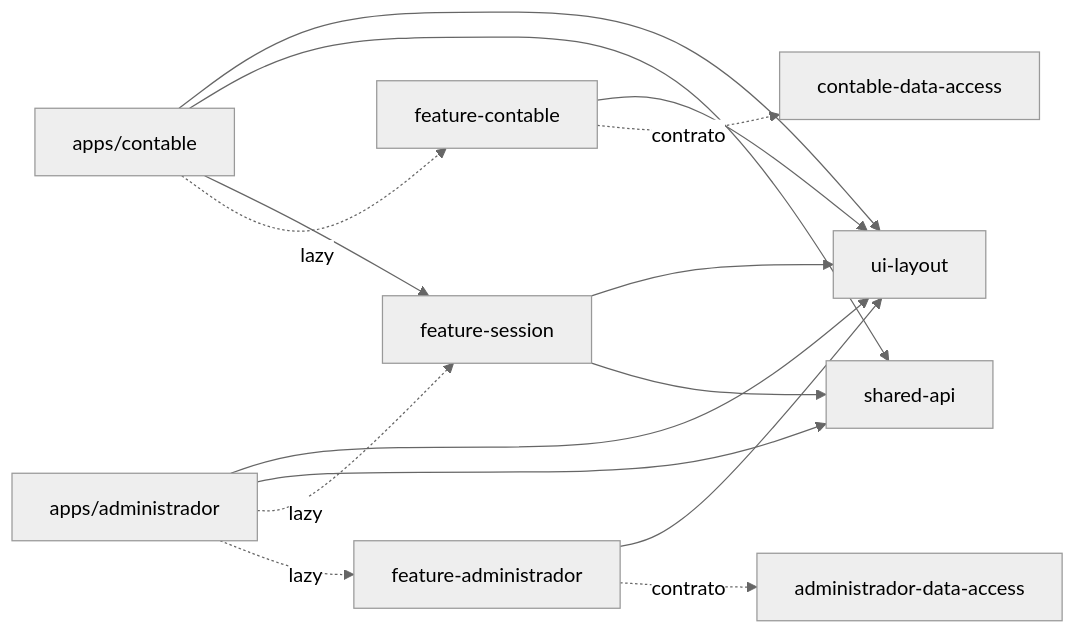
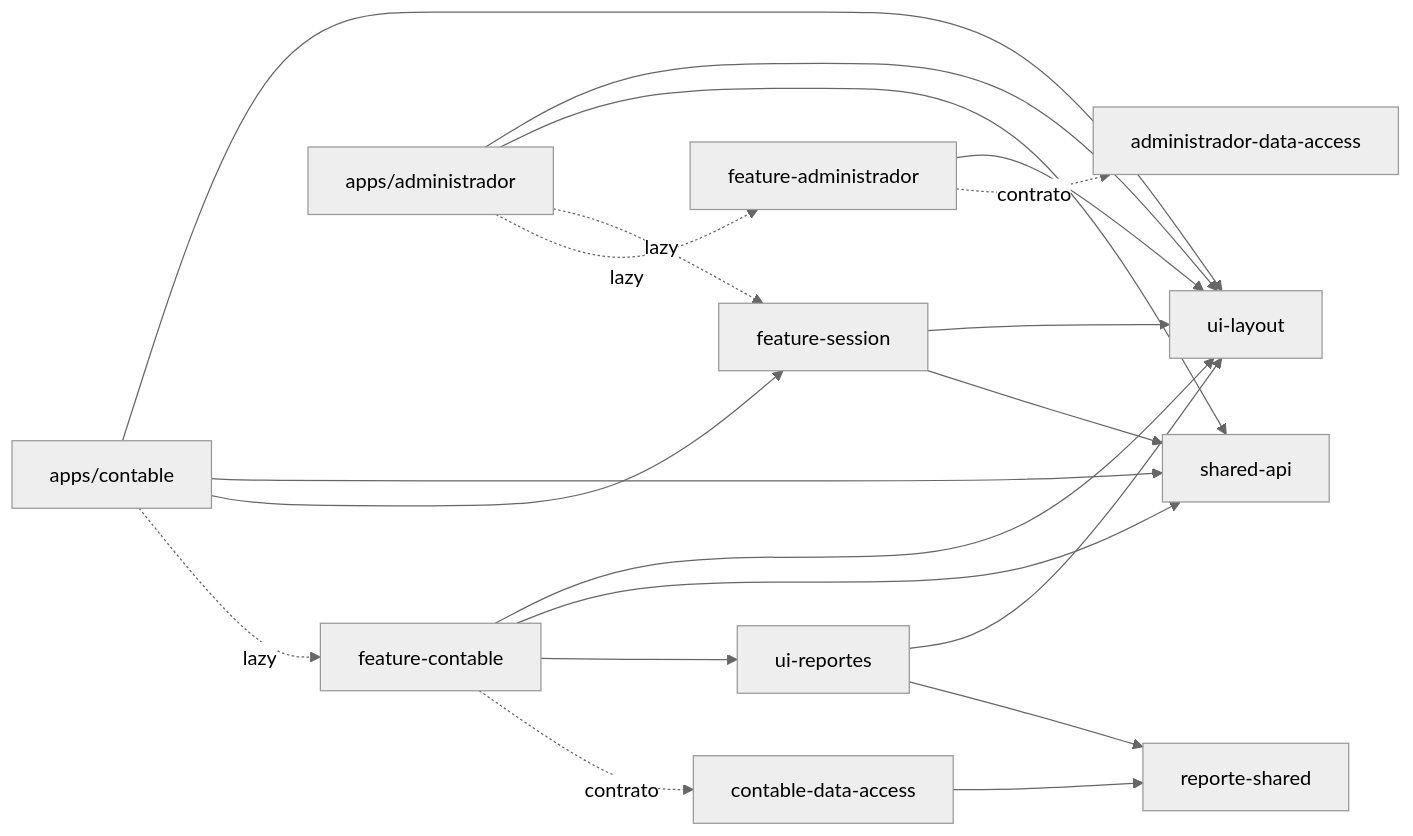
One commit to ETEREA-services/ETEREA.multitenant-client changed the diagram in README.md. Above: the diagram before and after it, drawn with Mermaid (neutral theme). The commit also changed other lines of this file and 193 other files, not shown here.

````diff
--- a/README.md
+++ b/README.md
@@ -67,17 +90,22 @@
 ```mermaid
 flowchart LR
   contableApp["apps/contable"] --> layout["ui-layout"]
   contableApp --> shared["shared-api"]
   contableApp --> session["feature-session"]
   contableApp -. lazy .-> contable["feature-contable"]
   adminApp["apps/administrador"] --> layout
   adminApp --> shared
   adminApp -. lazy .-> session
   adminApp -. lazy .-> admin["feature-administrador"]
   session --> layout
   session --> shared
   contable --> layout
+  contable --> shared
+  contable --> uiReportes["ui-reportes"]
   contable -. contrato .-> contableData["contable-data-access"]
+  contableData --> reporteShared["reporte-shared"]
+  uiReportes --> layout
+  uiReportes --> reporteShared
   admin --> layout
   admin -. contrato .-> adminData["administrador-data-access"]
 ```
````
